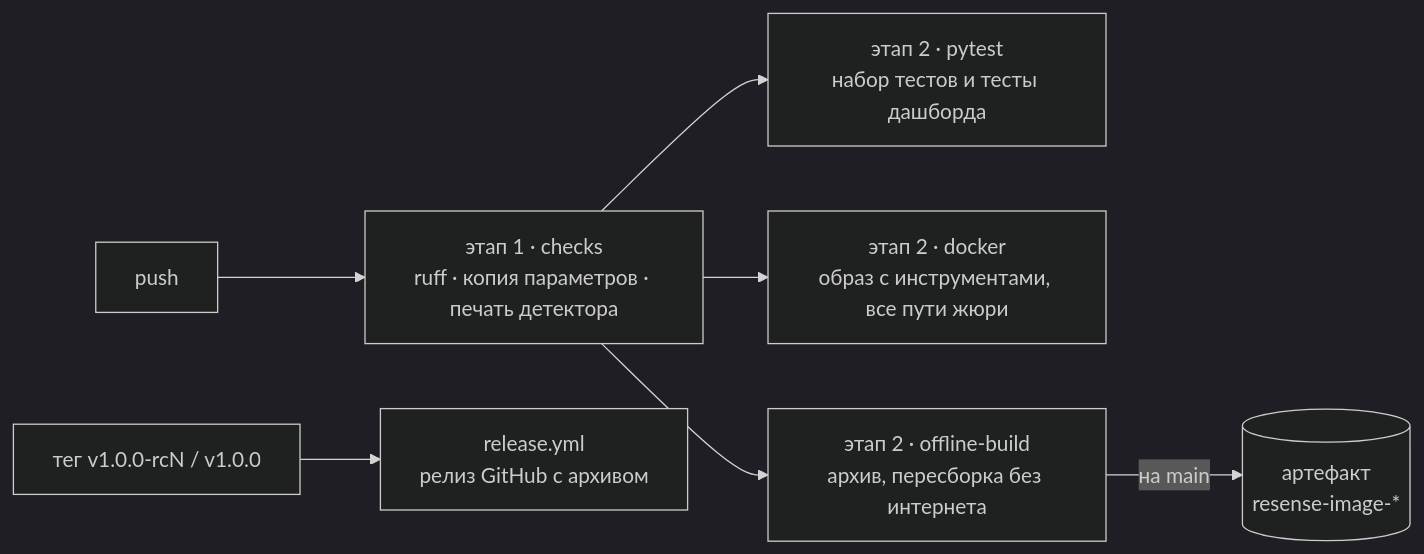
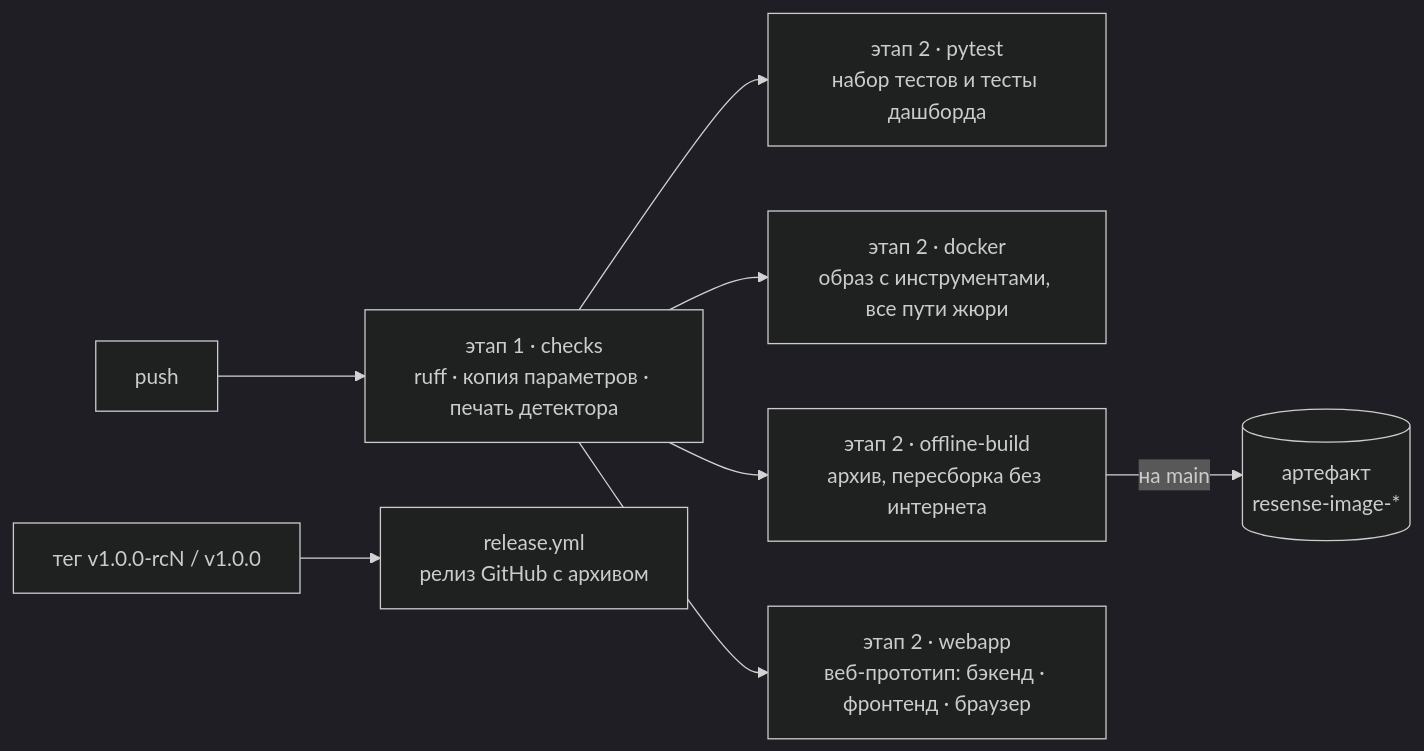
The diagram in gitbook/development/setup-and-ci.md (pmixay/ReSense), drawn with Mermaid (dark theme) before and after one commit. The commit also changed other lines of this file and 363 other files, not shown here.

````diff
--- a/gitbook/development/setup-and-ci.md
+++ b/gitbook/development/setup-and-ci.md
@@ -50,9 +74,10 @@
 ```mermaid
 flowchart LR
     PUSH["push"] --> CHK["этап 1 · checks<br/>ruff · копия параметров · печать детектора"]
     CHK --> PT["этап 2 · pytest<br/>набор тестов и тесты дашборда"]
     CHK --> DK["этап 2 · docker<br/>образ с инструментами, все пути жюри"]
     CHK --> OB["этап 2 · offline-build<br/>архив, пересборка без интернета"]
+    CHK --> WA["этап 2 · webapp<br/>веб-прототип: бэкенд · фронтенд · браузер"]
     OB -- "на main" --> ART[("артефакт<br/>resense-image-*")]
     TAG["тег v1.0.0-rcN / v1.0.0"] --> REL["release.yml<br/>релиз GitHub с архивом"]
 ```
````
